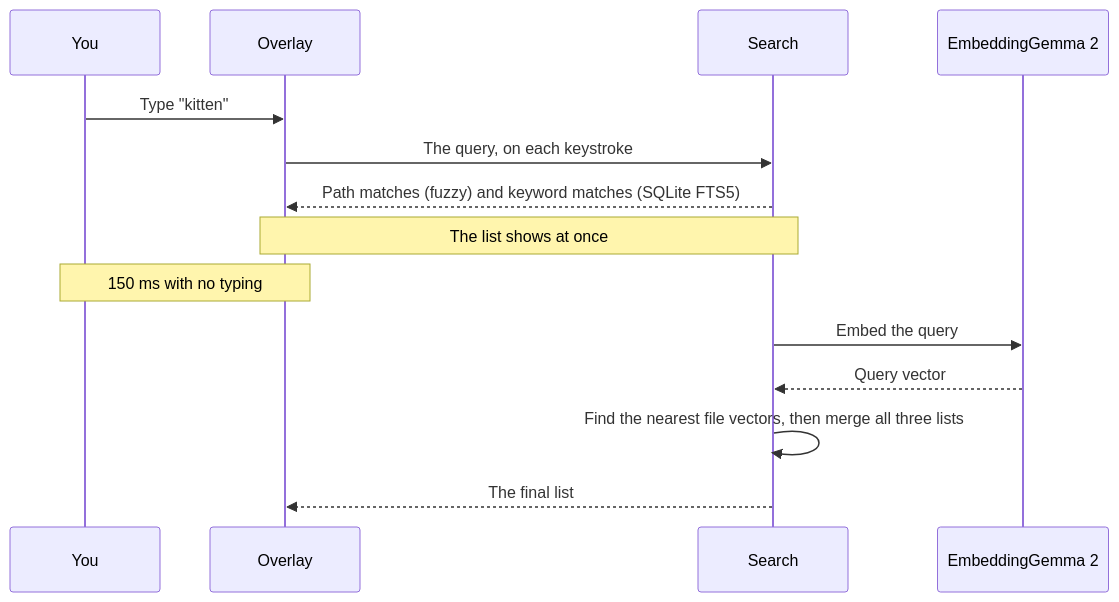
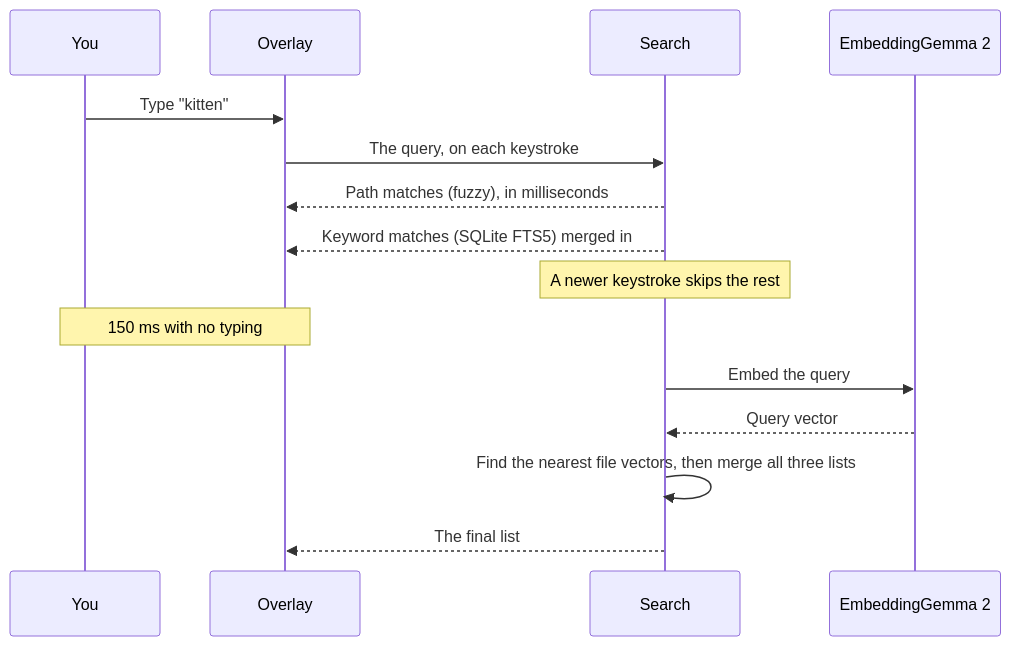
The second of 4 diagrams in README.md (0xPD33/mmsearch), drawn with Mermaid before and after one commit. The commit also changed other lines of this file and 15 other files, not shown here.

First line of the commit message:
Rework the overlay and speed up search

````diff
--- a/README.md
+++ b/README.md
@@ -310,16 +344,17 @@
 ```mermaid
 sequenceDiagram
     participant You
     participant Overlay
     participant Search
     participant Model as EmbeddingGemma 2
     You->>Overlay: Type "kitten"
     Overlay->>Search: The query, on each keystroke
-    Search-->>Overlay: Path matches (fuzzy) and keyword matches (SQLite FTS5)
-    Note over Overlay,Search: The list shows at once
+    Search-->>Overlay: Path matches (fuzzy), in milliseconds
+    Search-->>Overlay: Keyword matches (SQLite FTS5) merged in
+    Note over Search: A newer keystroke skips the rest
     Note over You,Overlay: 150 ms with no typing
     Search->>Model: Embed the query
     Model-->>Search: Query vector
     Search->>Search: Find the nearest file vectors, then merge all three lists
     Search-->>Overlay: The final list
 ```
````
